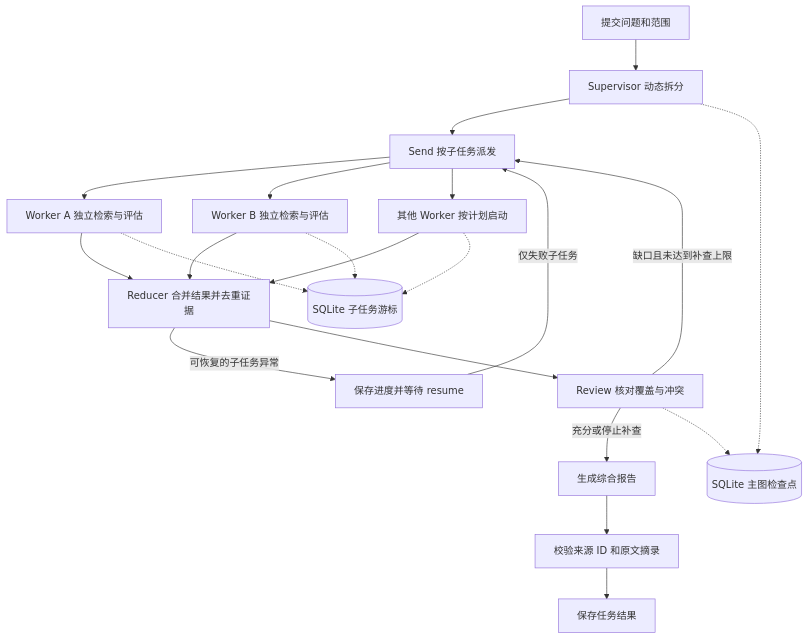
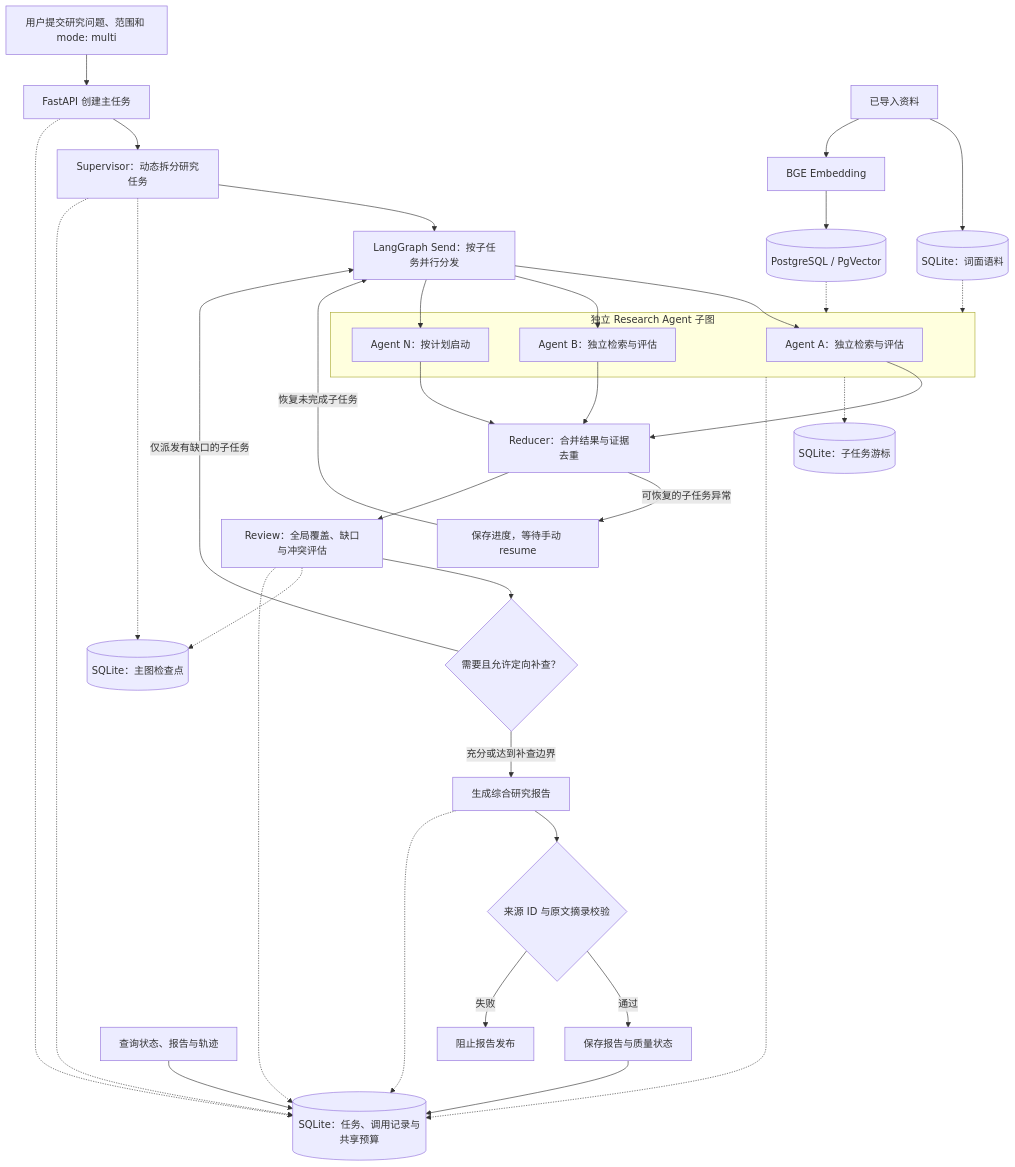
One commit to qianmu233/research-pilot changed the first of 2 diagrams in README.md. Above: the diagram before and after it, drawn with Mermaid. The commit also changed other lines of this file, not shown here.

First line of the commit message:
Revise README for ResearchPilot platform details

````diff
--- a/README.md
+++ b/README.md
@@ -16,23 +44,40 @@
 ```mermaid
 flowchart TD
-    API[提交问题和范围] --> S[Supervisor 动态拆分]
-    S --> F[Send 按子任务派发]
-    F --> W1[Worker A 独立检索与评估]
-    F --> W2[Worker B 独立检索与评估]
-    F --> WN[其他 Worker 按计划启动]
-    W1 --> J[Reducer 合并结果并去重证据]
+    U["用户提交研究问题、范围和 mode: multi"] --> API["FastAPI 创建主任务"]
+    API --> S["Supervisor：动态拆分研究任务"]
+    API -.-> TDB[("SQLite：任务、调用记录与共享预算")]
+    S --> F["LangGraph Send：按子任务并行分发"]
+    subgraph WORKERS["独立 Research Agent 子图"]
+        W1["Agent A：独立检索与评估"]
+        W2["Agent B：独立检索与评估"]
+        WN["Agent N：按计划启动"]
+    end
+    F --> W1
+    F --> W2
+    F --> WN
+    W1 --> J["Reducer：合并结果与证据去重"]
     W2 --> J
     WN --> J
-    J -->|可恢复的子任务异常| PAUSE[保存进度并等待 resume]
-    PAUSE -->|仅失败子任务| F
-    J --> R[Review 核对覆盖与冲突]
-    R -->|缺口且未达到补查上限| F
-    R -->|充分或停止补查| P[生成综合报告]
-    P --> V[校验来源 ID 和原文摘录]
-    V --> O[保存任务结果]
-    W1 -.-> DB[(SQLite 子任务游标)]
-    W2 -.-> DB
-    WN -.-> DB
-    S -.-> CP[(SQLite 主图检查点)]
+    J -->|可恢复的子任务异常| PAUSE["保存进度，等待手动 resume"]
+    PAUSE -->|恢复未完成子任务| F
+    J --> R["Review：全局覆盖、缺口与冲突评估"]
+    R --> Q{"需要且允许定向补查？"}
+    Q -->|仅派发有缺口的子任务| F
+    Q -->|充分或达到补查边界| P["生成综合研究报告"]
+    P --> V{"来源 ID 与原文摘录校验"}
+    V -->|通过| O["保存报告与质量状态"]
+    V -->|失败| ERR["阻止报告发布"]
+    O --> TDB
+    DOC["已导入资料"] --> LEX[("SQLite：词面语料")]
+    DOC --> EMB["BGE Embedding"] --> PG[("PostgreSQL / PgVector")]
+    LEX -.-> WORKERS
+    PG -.-> WORKERS
+    WORKERS -.-> CUR[("SQLite：子任务游标")]
+    WORKERS -.-> TDB
+    S -.-> CP[("SQLite：主图检查点")]
     R -.-> CP
+    S -.-> TDB
+    R -.-> TDB
+    P -.-> TDB
+    GET["查询状态、报告与轨迹"] --> TDB
 ```
````
